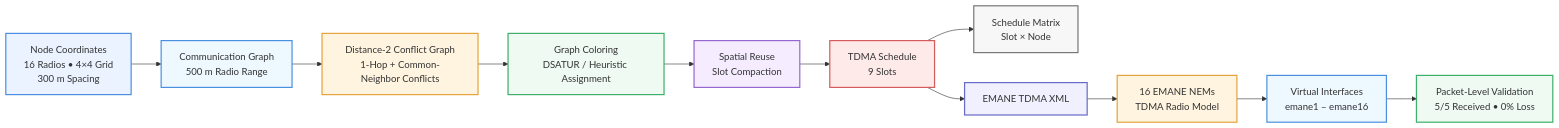
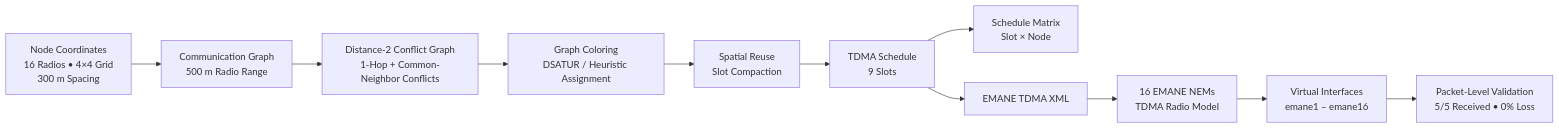
One commit to ekanathan246-maker/Radio-Sheduler changed the diagram in README.md. Above: the diagram before and after it, drawn with Mermaid.

Commit message:
Make Mermaid architecture black and white

````diff
--- a/README.md
+++ b/README.md
@@ -7,25 +7,13 @@
 ```mermaid
 flowchart LR
     A["Node Coordinates<br/>16 Radios • 4×4 Grid<br/>300 m Spacing"] --> B["Communication Graph<br/>500 m Radio Range"]
     B --> C["Distance-2 Conflict Graph<br/>1-Hop + Common-Neighbor Conflicts"]
     C --> D["Graph Coloring<br/>DSATUR / Heuristic Assignment"]
     D --> E["Spatial Reuse<br/>Slot Compaction"]
     E --> F["TDMA Schedule<br/>9 Slots"]
     F --> G["Schedule Matrix<br/>Slot × Node"]
     F --> H["EMANE TDMA XML"]
     H --> I["16 EMANE NEMs<br/>TDMA Radio Model"]
     I --> J["Virtual Interfaces<br/>emane1 – emane16"]
     J --> K["Packet-Level Validation<br/>5/5 Received • 0% Loss"]
-
-    style A fill:#eaf3ff,stroke:#4a90e2,stroke-width:2px
-    style B fill:#eef8ff,stroke:#4a90e2,stroke-width:2px
-    style C fill:#fff4df,stroke:#e5a33a,stroke-width:2px
-    style D fill:#eefaf2,stroke:#3eaf68,stroke-width:2px
-    style E fill:#f5edff,stroke:#9568cf,stroke-width:2px
-    style F fill:#ffeaea,stroke:#d45c5c,stroke-width:2px
-    style G fill:#f7f7f7,stroke:#777,stroke-width:2px
-    style H fill:#f0f0ff,stroke:#6969c8,stroke-width:2px
-    style I fill:#fff4df,stroke:#e5a33a,stroke-width:2px
-    style J fill:#eef8ff,stroke:#4a90e2,stroke-width:2px
-    style K fill:#eefaf2,stroke:#3eaf68,stroke-width:2px
 ```
````
